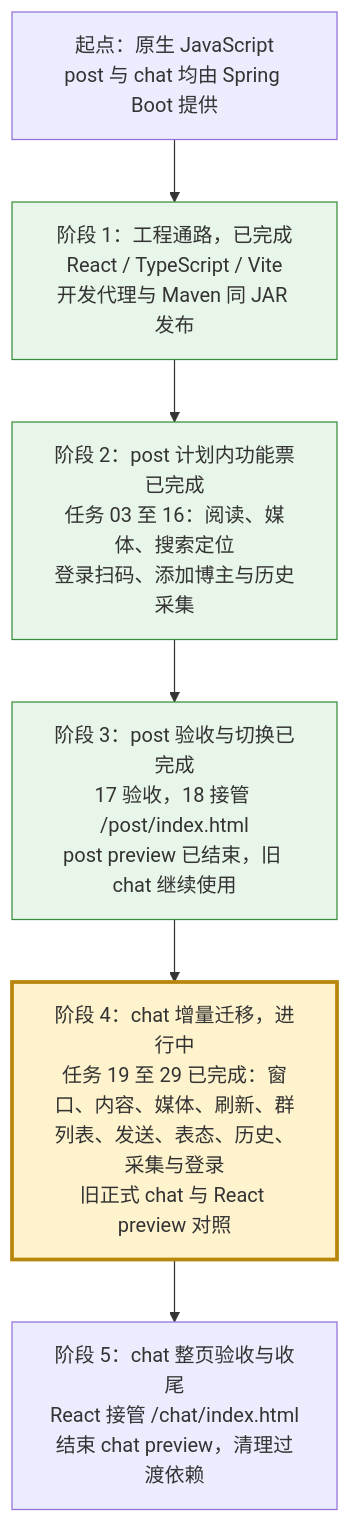
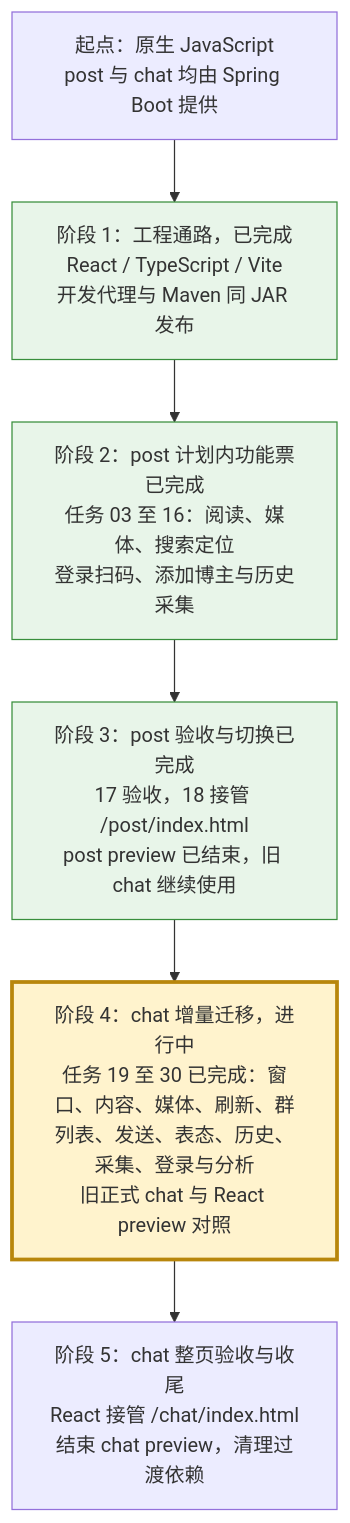
The diagram in .scratch/react-migration/PLAN.md (findxyz/vb-weibo-plus), drawn with Mermaid before and after one commit. The commit also changed other lines of this file and 13 other files, not shown here.

````diff
--- a/.scratch/react-migration/PLAN.md
+++ b/.scratch/react-migration/PLAN.md
@@ -17,14 +17,14 @@
 ```mermaid
 flowchart TD
     A["起点：原生 JavaScript<br/>post 与 chat 均由 Spring Boot 提供"]
     B["阶段 1：工程通路，已完成<br/>React / TypeScript / Vite<br/>开发代理与 Maven 同 JAR 发布"]
     C["阶段 2：post 计划内功能票已完成<br/>任务 03 至 16：阅读、媒体、搜索定位<br/>登录扫码、添加博主与历史采集"]
     D["阶段 3：post 验收与切换已完成<br/>17 验收，18 接管 /post/index.html<br/>post preview 已结束，旧 chat 继续使用"]
-    E["阶段 4：chat 增量迁移，进行中<br/>任务 19 至 29 已完成：窗口、内容、媒体、刷新、群列表、发送、表态、历史、采集与登录<br/>旧正式 chat 与 React preview 对照"]
+    E["阶段 4：chat 增量迁移，进行中<br/>任务 19 至 30 已完成：窗口、内容、媒体、刷新、群列表、发送、表态、历史、采集、登录与分析<br/>旧正式 chat 与 React preview 对照"]
     F["阶段 5：chat 整页验收与收尾<br/>React 接管 /chat/index.html<br/>结束 chat preview，清理过渡依赖"]
     A --> B --> C --> D --> E --> F
     classDef complete fill:#e8f5e9,stroke:#388e3c
     classDef current fill:#fff3cd,stroke:#b8860b,stroke-width:3px
     class B,C,D complete
     class E current
 ```
````
